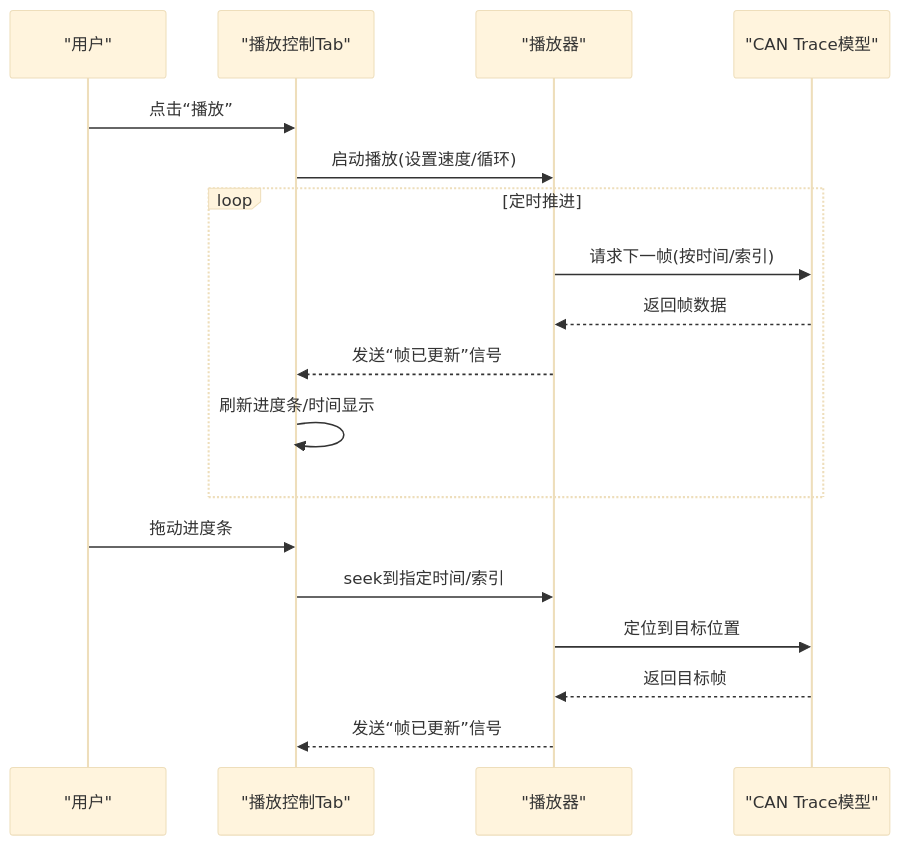
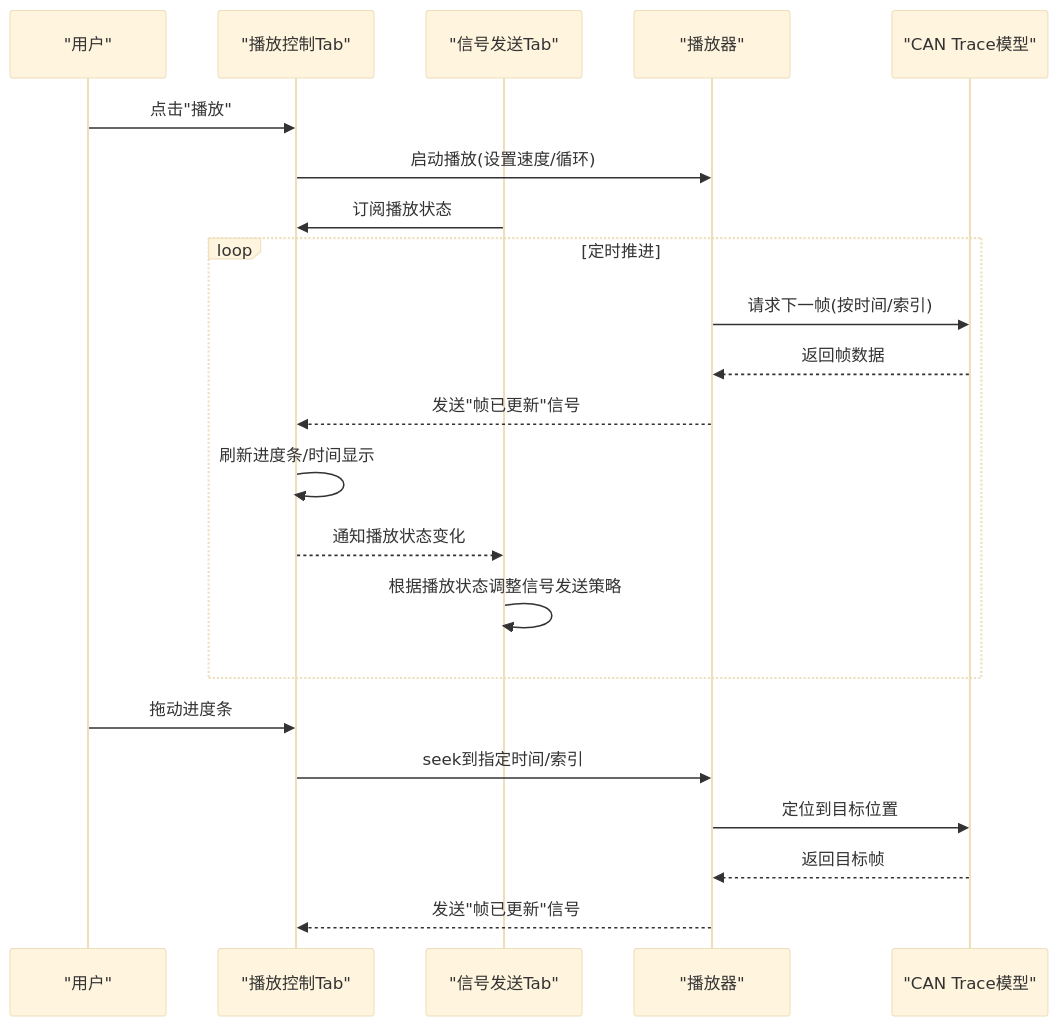
Before and after one commit to jakecai1225-design/OpenBus: the second of 6 diagrams in .qoder/repowiki/zh/content/架构设计/UI系统设计/播放控制Tab组件.md, drawn with Mermaid (base theme). The commit also changed other lines of this file and 59 other files, not shown here.

````diff
--- a/.qoder/repowiki/zh/content/架构设计/UI系统设计/播放控制Tab组件.md
+++ b/.qoder/repowiki/zh/content/架构设计/UI系统设计/播放控制Tab组件.md
@@ -96,20 +119,24 @@
 ```mermaid
 sequenceDiagram
 participant User as "用户"
 participant Tab as "播放控制Tab"
+participant SignalTab as "信号发送Tab"
 participant Player as "播放器"
 participant Model as "CAN Trace模型"
-User->>Tab : 点击“播放”
+User->>Tab : 点击"播放"
 Tab->>Player : 启动播放(设置速度/循环)
+SignalTab->>Tab : 订阅播放状态
 loop 定时推进
 Player->>Model : 请求下一帧(按时间/索引)
 Model-->>Player : 返回帧数据
-Player-->>Tab : 发送“帧已更新”信号
+Player-->>Tab : 发送"帧已更新"信号
 Tab->>Tab : 刷新进度条/时间显示
+Tab-->>SignalTab : 通知播放状态变化
+SignalTab->>SignalTab : 根据播放状态调整信号发送策略
 end
 User->>Tab : 拖动进度条
 Tab->>Player : seek到指定时间/索引
 Player->>Model : 定位到目标位置
 Model-->>Player : 返回目标帧
-Player-->>Tab : 发送“帧已更新”信号
+Player-->>Tab : 发送"帧已更新"信号
 ```
````
